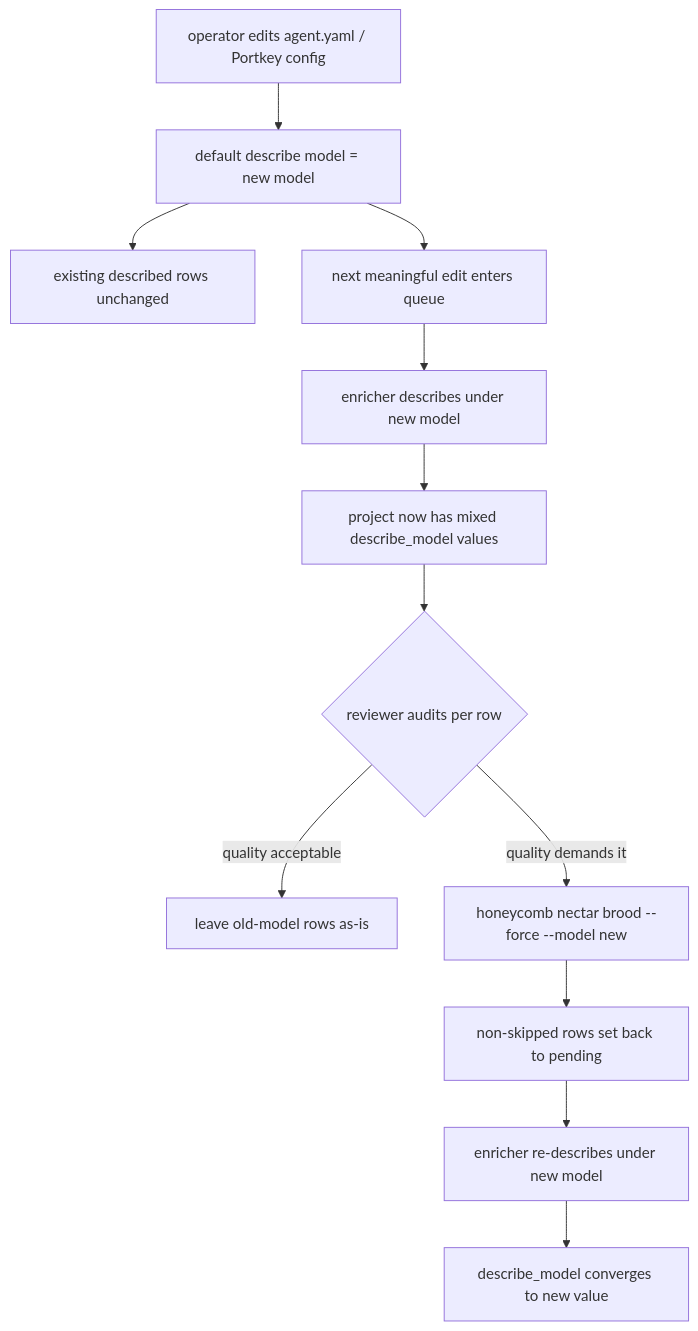
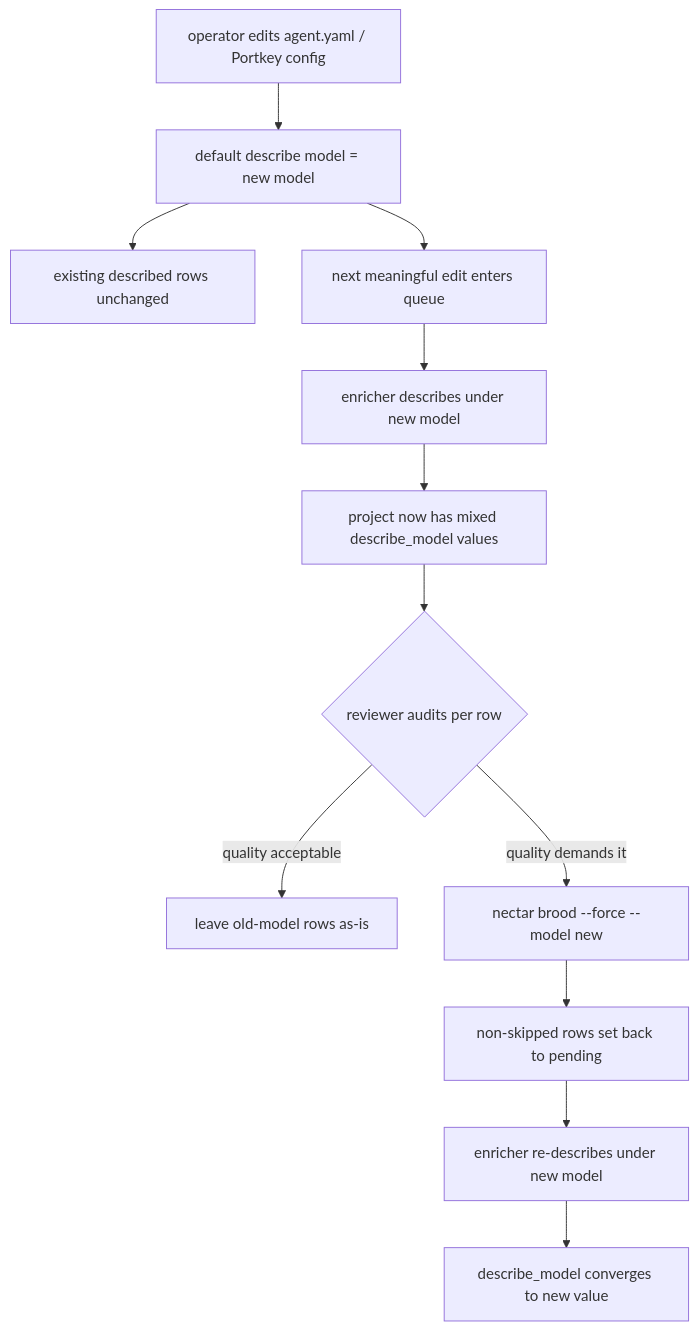
Before and after one commit to legioncodeinc/nectar: the second of 2 diagrams in library/knowledge/private/ai/enricher-deep-dive/enricher-ecosystem-story-arc.md, drawn with Mermaid. The commit also changed other lines of this file and 144 other files, not shown here.

````diff
--- a/library/knowledge/private/ai/enricher-deep-dive/enricher-ecosystem-story-arc.md
+++ b/library/knowledge/private/ai/enricher-deep-dive/enricher-ecosystem-story-arc.md
@@ -90,14 +90,14 @@
 ```mermaid
 flowchart TD
     swap["operator edits agent.yaml / Portkey config"] --> newDefault["default describe model = new model"]
     newDefault --> existing["existing described rows unchanged"]
     newDefault --> next["next meaningful edit enters queue"]
     next --> enrichNew["enricher describes under new model"]
     enrichNew --> mix["project now has mixed describe_model values"]
     mix --> audit{"reviewer audits per row"}
     audit -->|"quality acceptable"| leave["leave old-model rows as-is"]
-    audit -->|"quality demands it"| force["honeycomb nectar brood --force --model new"]
+    audit -->|"quality demands it"| force["nectar brood --force --model new"]
     force --> reset["non-skipped rows set back to pending"]
     reset --> redescribe["enricher re-describes under new model"]
     redescribe --> converge["describe_model converges to new value"]
 ```
````
